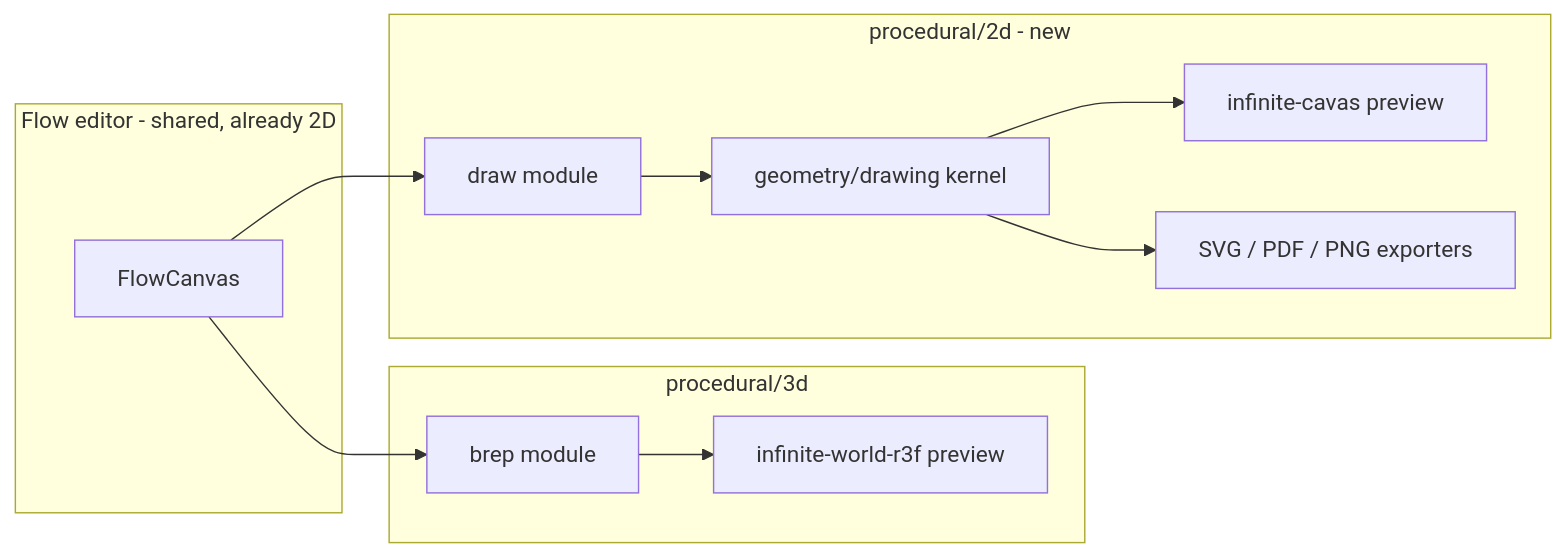
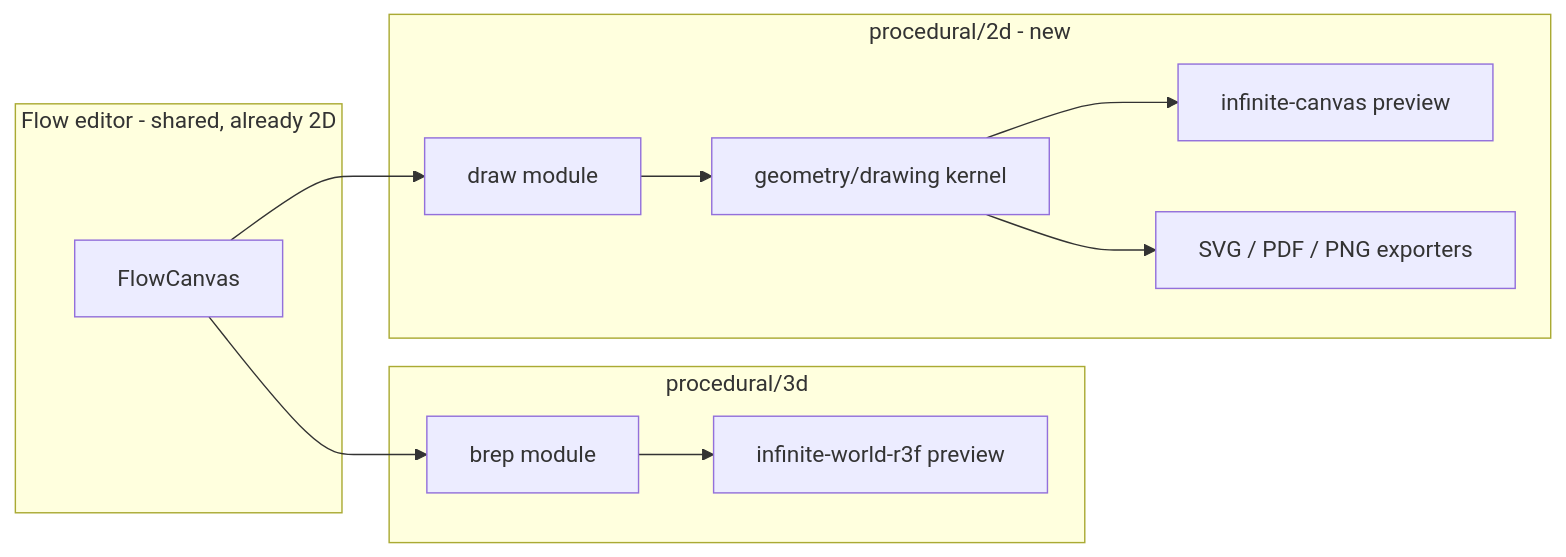
The diagram in .🦑️repo/🎫️tickets/🎆️26/🌙️06/☀️26/PROCEDURAL-2D-SPLIT-AND-VECTOR-EXPORT/procedural_2d_split_543aba6f.plan.md (usalu/semio), drawn with Mermaid before and after one commit. The commit also changed other lines of this file and 578 other files, not shown here.

````diff
--- a/.🦑️repo/🎫️tickets/🎆️26/🌙️06/☀️26/PROCEDURAL-2D-SPLIT-AND-VECTOR-EXPORT/procedural_2d_split_543aba6f.plan.md
+++ b/.🦑️repo/🎫️tickets/🎆️26/🌙️06/☀️26/PROCEDURAL-2D-SPLIT-AND-VECTOR-EXPORT/procedural_2d_split_543aba6f.plan.md
@@ -90,16 +90,16 @@
 ```mermaid
 flowchart LR
   subgraph editor [Flow editor - shared, already 2D]
     FlowCanvas
   end
   subgraph p3d [procedural/3d]
     host3d[brep module] --> world[infinite-world-r3f preview]
   end
   subgraph p2d [procedural/2d - new]
     host2d[draw module] --> kernel[geometry/drawing kernel]
-    kernel --> cavas[infinite-cavas preview]
+    kernel --> canvas[infinite-canvas preview]
     kernel --> exporters[SVG / PDF / PNG exporters]
   end
   FlowCanvas --> host3d
   FlowCanvas --> host2d
 ```
````
